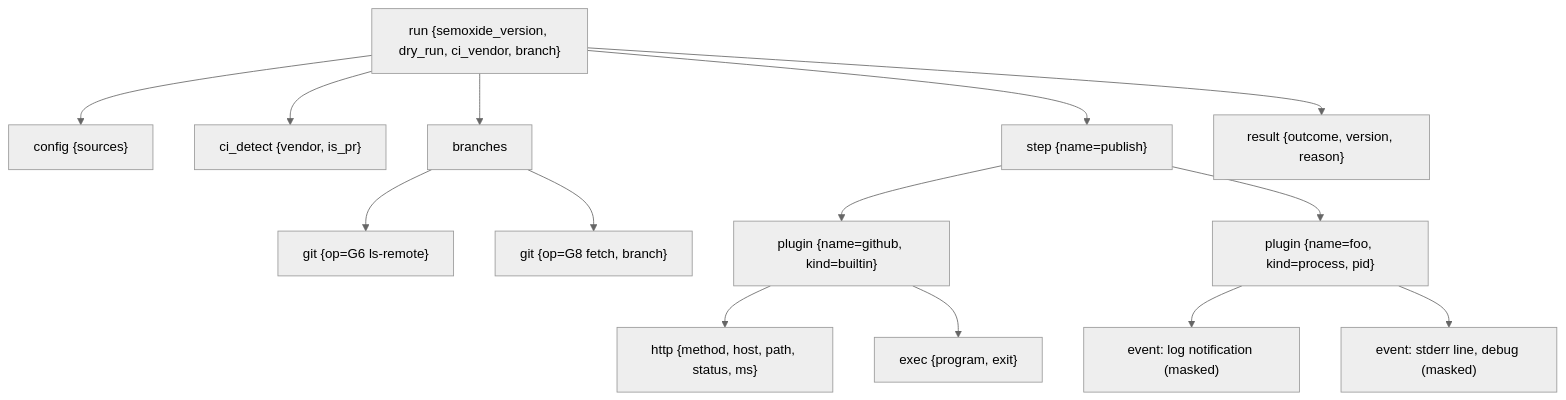
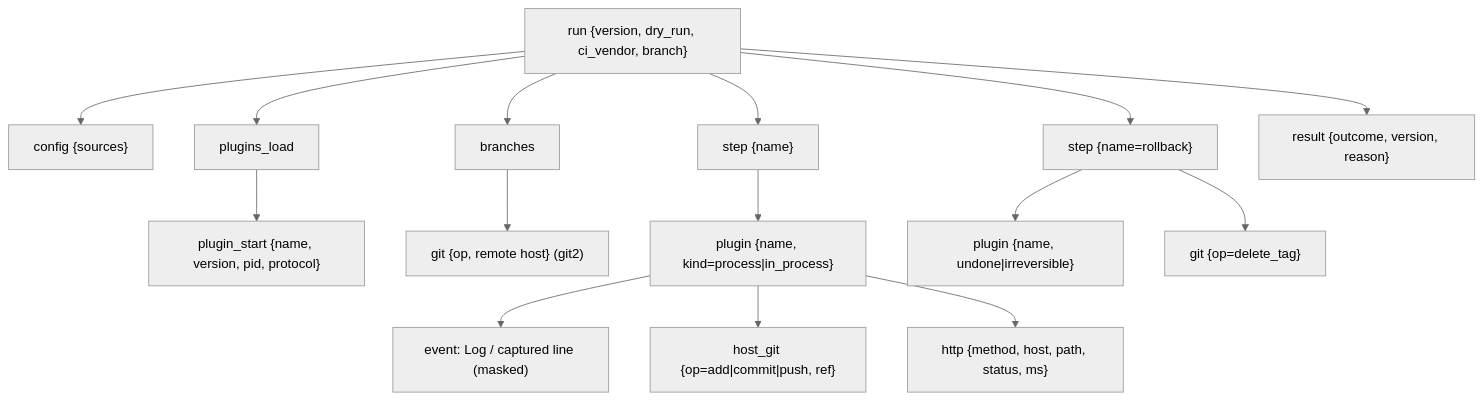
The second of 2 diagrams in docs/OBSERVABILITY.md (semoxide/semoxide), drawn with Mermaid (neutral theme) before and after one commit. The commit also changed other lines of this file and 5 other files, not shown here.

````diff
--- a/docs/OBSERVABILITY.md
+++ b/docs/OBSERVABILITY.md
@@ -56,17 +63,18 @@
 ```mermaid
 flowchart TD
-    run["run {semoxide_version, dry_run, ci_vendor, branch}"]
+    run["run {version, dry_run, ci_vendor, branch}"]
     run --> cfg["config {sources}"]
-    run --> ci["ci_detect {vendor, is_pr}"]
+    run --> pl["plugins_load"]
+    pl --> pi["plugin_start {name, version, pid, protocol}"]
     run --> br["branches"]
-    br --> g6["git {op=G6 ls-remote}"]
-    br --> g8["git {op=G8 fetch, branch}"]
-    run --> st["step {name=publish}"]
-    st --> pb["plugin {name=github, kind=builtin}"]
-    st --> pp["plugin {name=foo, kind=process, pid}"]
-    pb --> http["http {method, host, path, status, ms}"]
-    pb --> ex["exec {program, exit}"]
-    pp --> ln["event: log notification (masked)"]
-    pp --> se["event: stderr line, debug (masked)"]
+    br --> g["git {op, remote host}  (git2)"]
+    run --> st["step {name}"]
+    st --> p["plugin {name, kind=process|in_process}"]
+    p --> lg["event: Log / captured line (masked)"]
+    p --> hg["host_git {op=add|commit|push, ref}"]
+    p --> http["http {method, host, path, status, ms}"]
+    run --> rb["step {name=rollback}"]
+    rb --> rbp["plugin {name, undone|irreversible}"]
+    rb --> tagdel["git {op=delete_tag}"]
     run --> rs["result {outcome, version, reason}"]
 ```
````
